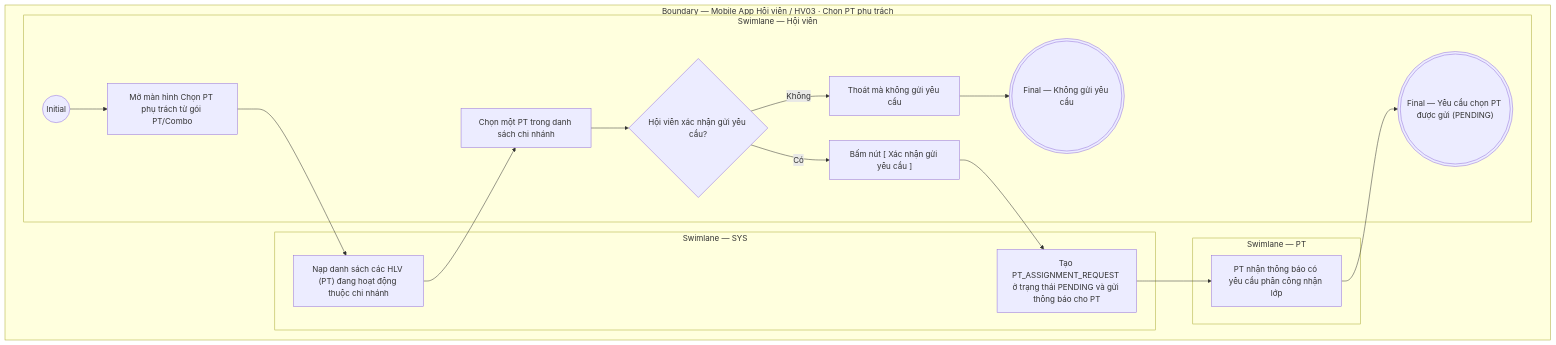
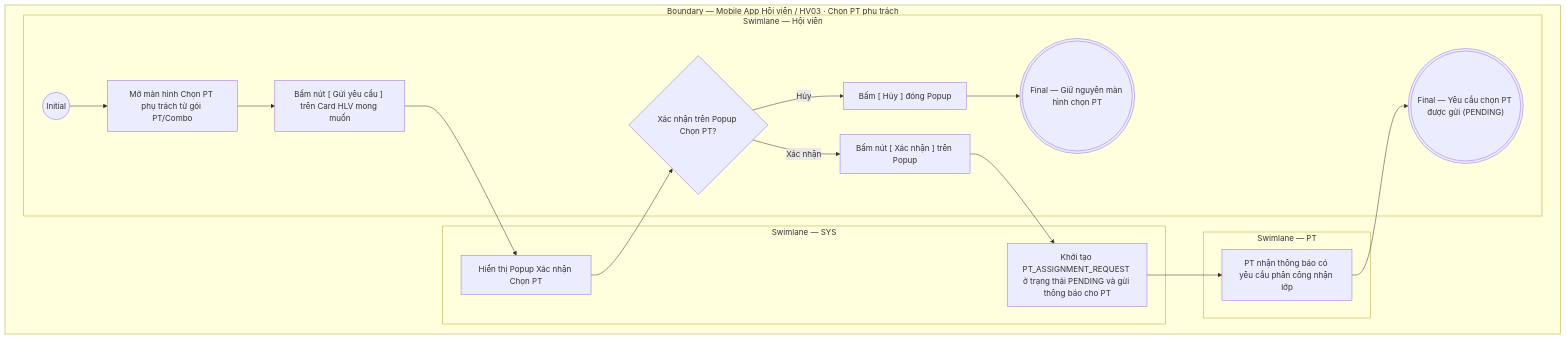
One commit to ThachY-23120411/Paradise-Gym-v2 changed the diagram in docs/user-stories/hoi-vien/HV03-Gói của tôi/HV03-US04-Chọn PT và gửi yêu cầu phân công.md. Above: the diagram before and after it, drawn with Mermaid. The commit also changed other lines of this file and 40 other files, not shown here.

````diff
--- a/docs/user-stories/hoi-vien/HV03-Gói của tôi/HV03-US04-Chọn PT và gửi yêu cầu phân công.md
+++ b/docs/user-stories/hoi-vien/HV03-Gói của tôi/HV03-US04-Chọn PT và gửi yêu cầu phân công.md
@@ -42,32 +62,32 @@
 ```mermaid
 flowchart TB
   subgraph B["Boundary — Mobile App Hội viên / HV03 · Chọn PT phụ trách"]
     subgraph L0["Swimlane — Hội viên"]
       I01(("Initial"))
       A01["Mở màn hình Chọn PT phụ trách từ gói PT/Combo"]
-      A02["Chọn một PT trong danh sách chi nhánh"]
-      D01{"Hội viên xác nhận gửi yêu cầu?"}
-      A03["Bấm nút [ Xác nhận gửi yêu cầu ]"]
-      E01["Thoát mà không gửi yêu cầu"]
+      A02["Bấm nút [ Gửi yêu cầu ] trên Card HLV mong muốn"]
+      D01{"Xác nhận trên Popup Chọn PT?"}
+      A03["Bấm nút [ Xác nhận ] trên Popup"]
+      E01["Bấm [ Hủy ] đóng Popup"]
       F01((("Final — Yêu cầu chọn PT được gửi (PENDING)")))
-      F02((("Final — Không gửi yêu cầu")))
+      F02((("Final — Giữ nguyên màn hình chọn PT")))
 
       I01 --> A01
-      A02 --> D01
-      D01 -->|Có| A03
-      D01 -->|Không| E01 --> F02
+      A01 --> A02
+      D01 -->|Xác nhận| A03
+      D01 -->|Hủy| E01 --> F02
     end
 
     subgraph L1["Swimlane — PT"]
       P01["PT nhận thông báo có yêu cầu phân công nhận lớp"]
     end
 
     subgraph L2["Swimlane — SYS"]
-      S01["Nạp danh sách các HLV (PT) đang hoạt động thuộc chi nhánh"]
-      S02["Tạo PT_ASSIGNMENT_REQUEST ở trạng thái PENDING và gửi thông báo cho PT"]
+      S01["Hiển thị Popup Xác nhận Chọn PT"]
+      S02["Khởi tạo PT_ASSIGNMENT_REQUEST ở trạng thái PENDING và gửi thông báo cho PT"]
 
-      A01 --> S01 --> A02
+      A02 --> S01 --> D01
       A03 --> S02 --> P01 --> F01
     end
   end
 ```
````
